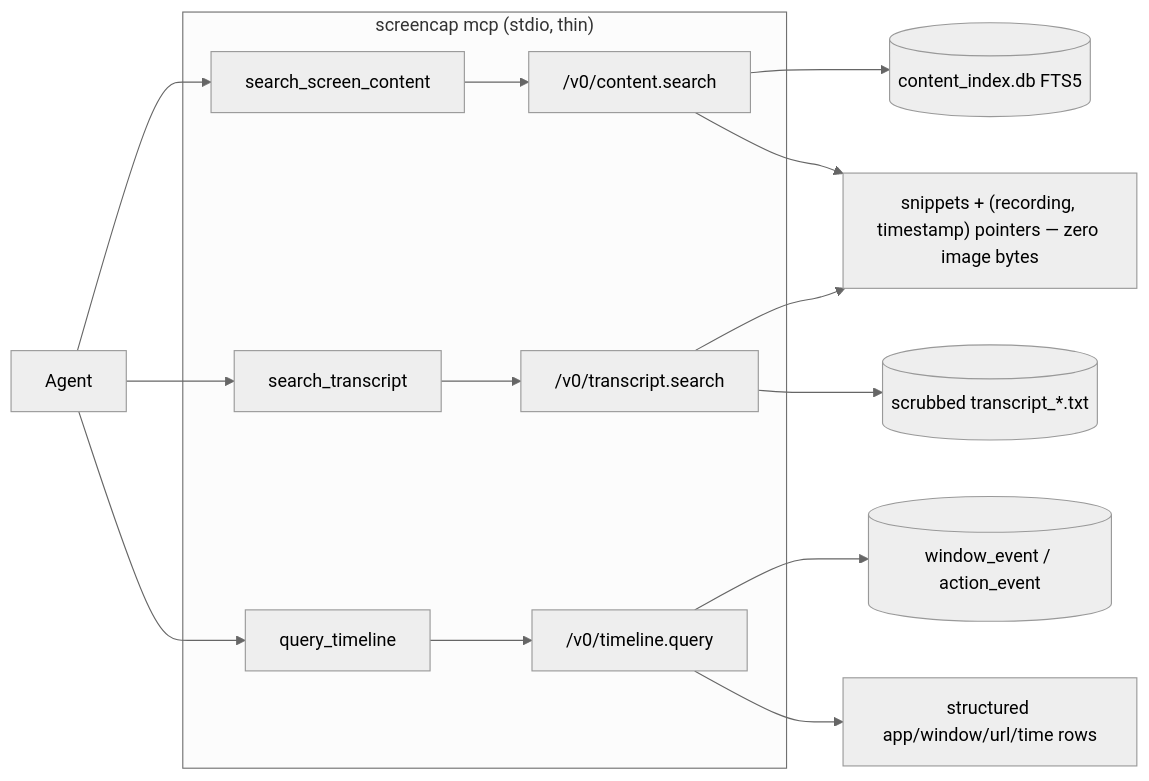
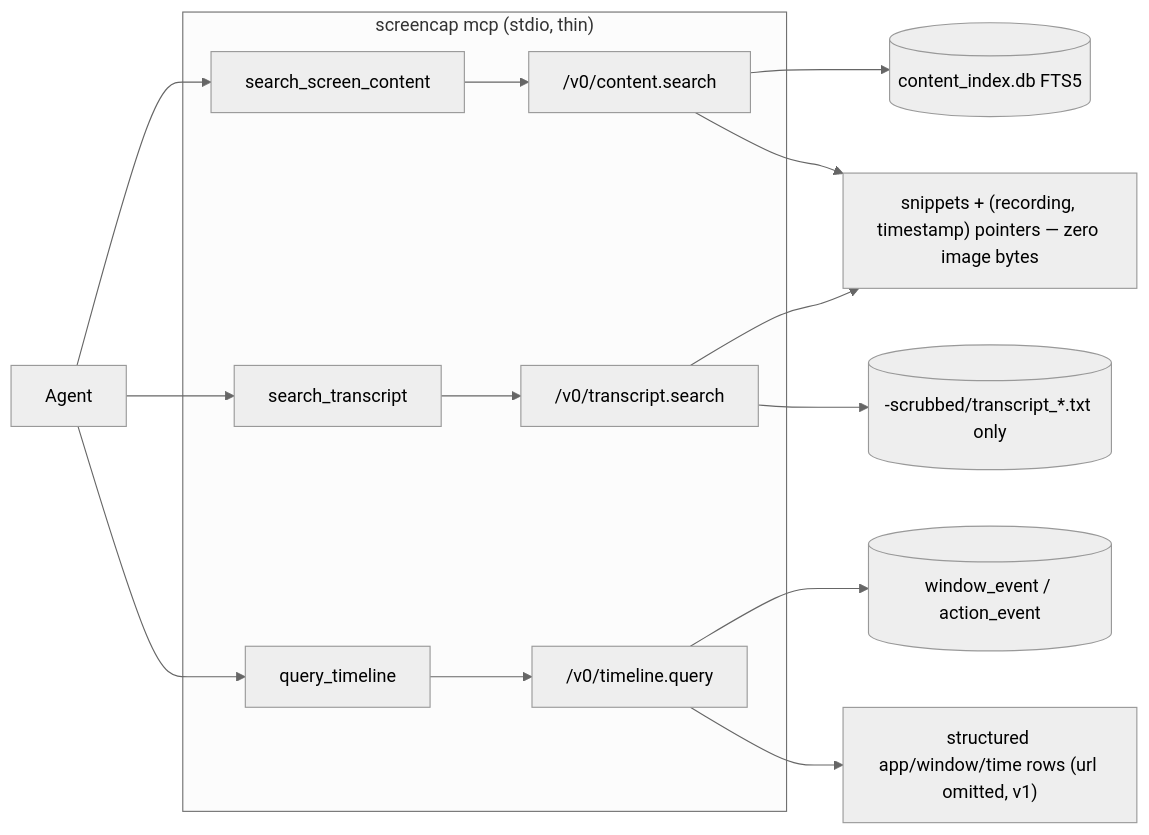
Before and after one commit to eeshsaxena/screencap: the second of 2 diagrams in docs/plans/2026-06-05-001-feat-mcp-agent-memory-content-index-plan.md, drawn with Mermaid (neutral theme). The commit also changed other lines of this file and 9 other files, not shown here.

````diff
--- a/docs/plans/2026-06-05-001-feat-mcp-agent-memory-content-index-plan.md
+++ b/docs/plans/2026-06-05-001-feat-mcp-agent-memory-content-index-plan.md
@@ -202,17 +239,17 @@
 ```mermaid
 flowchart LR
     AG[Agent] --> T1[search_screen_content]
     AG --> T2[search_transcript]
     AG --> T3[query_timeline]
     subgraph MCP["screencap mcp (stdio, thin)"]
       T1 --> H1["/v0/content.search"]
       T2 --> H2["/v0/transcript.search"]
       T3 --> H3["/v0/timeline.query"]
     end
     H1 --> IDX[(content_index.db FTS5)]
-    H2 --> TR[(scrubbed transcript_*.txt)]
+    H2 --> TR[(<name>-scrubbed/transcript_*.txt only)]
     H3 --> EV[(window_event / action_event)]
     H1 --> OUT["snippets + (recording, timestamp) pointers — zero image bytes"]
     H2 --> OUT
-    H3 --> ROWS["structured app/window/url/time rows"]
+    H3 --> ROWS["structured app/window/time rows (url omitted, v1)"]
 ```
````
